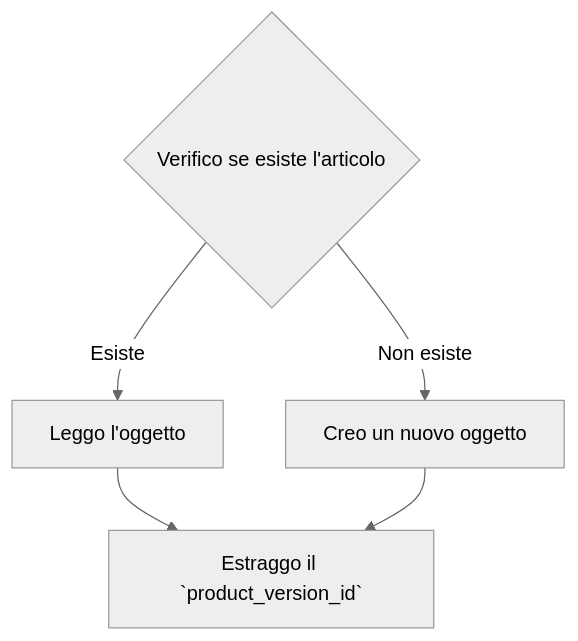
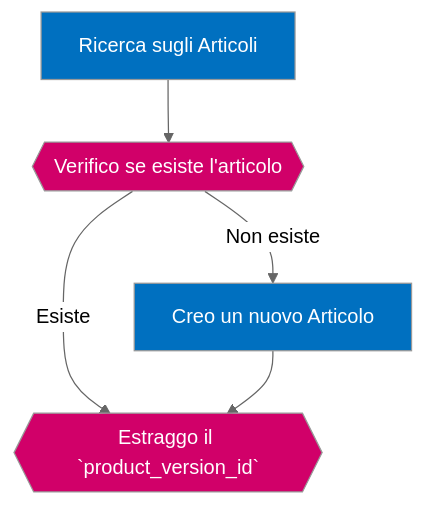
One commit to phoenixweb/Crystal changed the fifth of 6 diagrams in how_to/import_products.md. Above: the diagram before and after it, drawn with Mermaid (neutral theme). The commit also changed other lines of this file, not shown here.

Commit message:
update: riscritti i flowchart

````diff
--- a/how_to/import_products.md
+++ b/how_to/import_products.md
@@ -265,7 +293,13 @@
 ```mermaid
 graph TD;
-A{Verifico se esiste l'articolo}-->|Esiste| B[Leggo l'oggetto];
-A-->|Non esiste| C[Creo un nuovo oggetto];
-B-->D[Estraggo il `product_version_id`];
-C-->D;
+ A[Ricerca sugli Articoli]:::action;
+ B{{Verifico se esiste l'articolo}}:::logic;
+ C[Creo un nuovo Articolo]:::action;
+ D{{Estraggo il `product_version_id`}}:::logic;
+ A-->B;
+ B-->|Esiste|D;
+ B-->|Non esiste|C;
+ C-->D;
+ classDef action fill:#0070C0,color:#FFF;
+ classDef logic fill:#D10069,color:#FFF;
 ```
````
